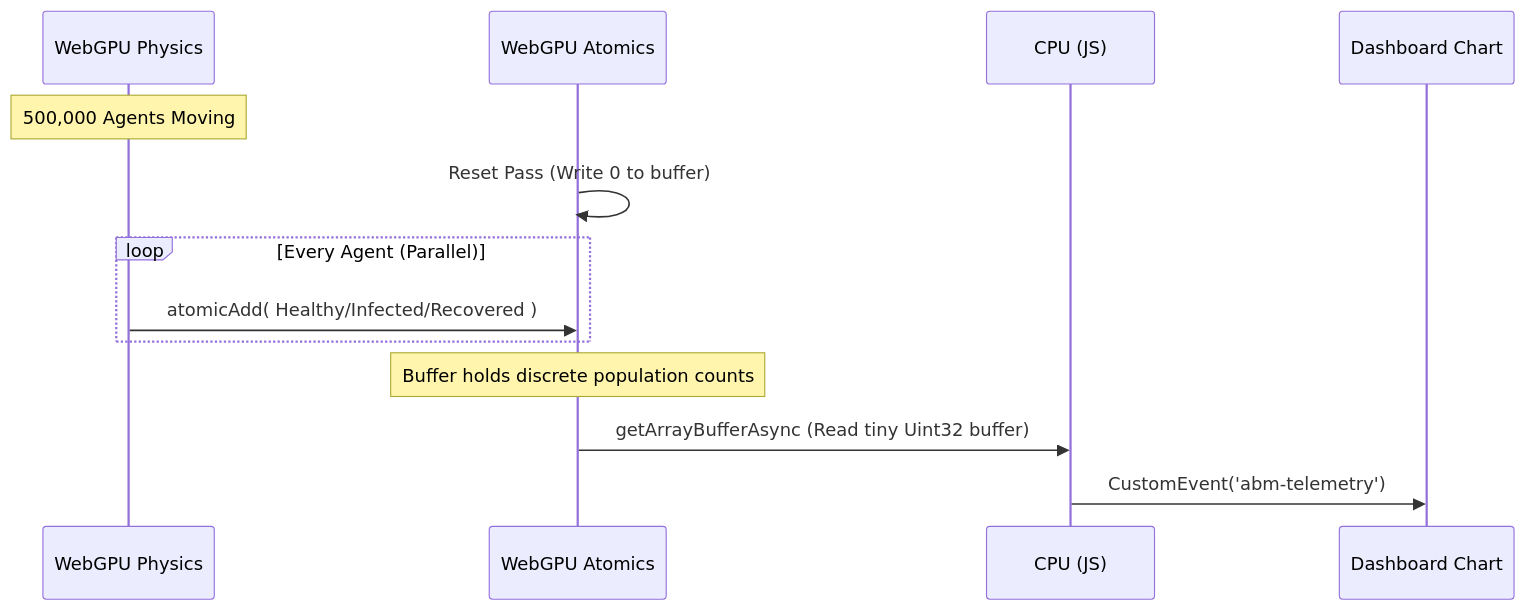
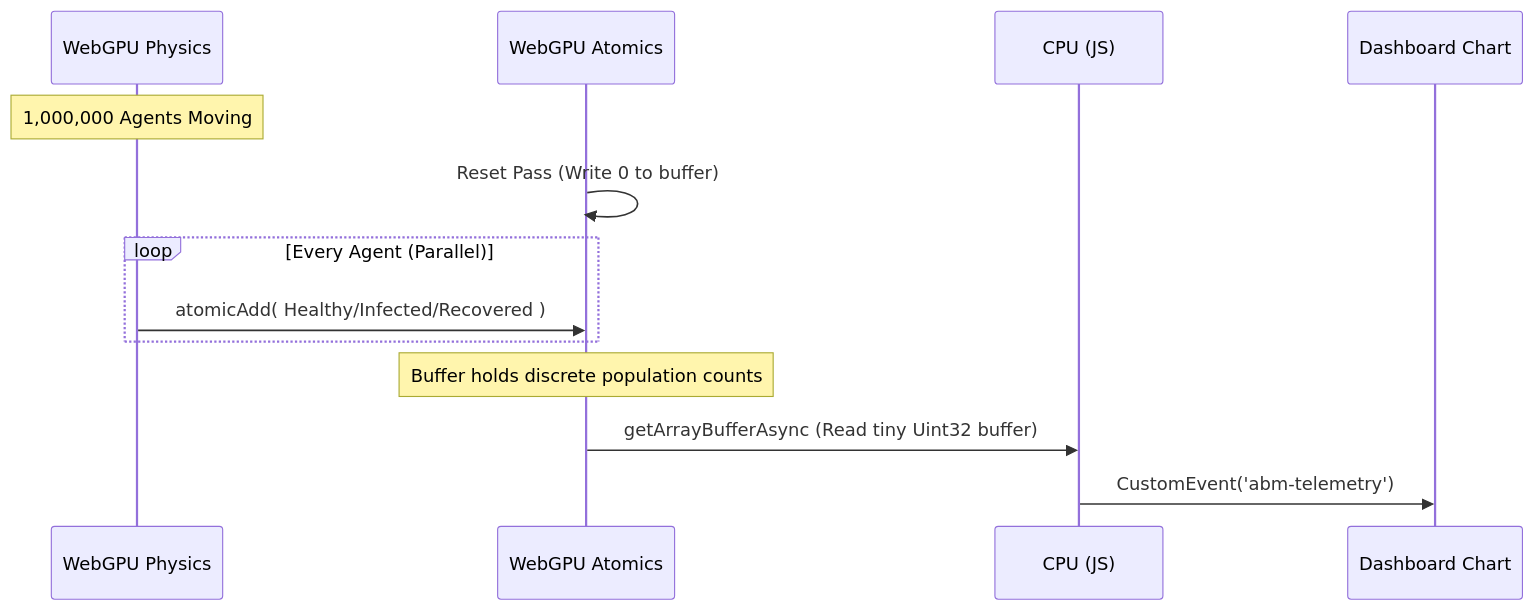
The diagram in README.md (kai-erlenbusch/abm.gl), drawn with Mermaid before and after one commit. The commit also changed other lines of this file and 6 other files, not shown here.

````diff
--- a/README.md
+++ b/README.md
@@ -53,16 +53,16 @@
 ```mermaid
 sequenceDiagram
     participant WebGPU Physics
     participant WebGPU Atomics
     participant CPU (JS)
     participant Dashboard Chart
     
-    Note over WebGPU Physics: 500,000 Agents Moving
+    Note over WebGPU Physics: 1,000,000 Agents Moving
     WebGPU Atomics->>WebGPU Atomics: Reset Pass (Write 0 to buffer)
     loop Every Agent (Parallel)
         WebGPU Physics->>WebGPU Atomics: atomicAdd( Healthy/Infected/Recovered )
     end
     Note over WebGPU Atomics: Buffer holds discrete population counts
     WebGPU Atomics->>CPU (JS): getArrayBufferAsync (Read tiny Uint32 buffer)
     CPU (JS)->>Dashboard Chart: CustomEvent('abm-telemetry')
 ```
````
